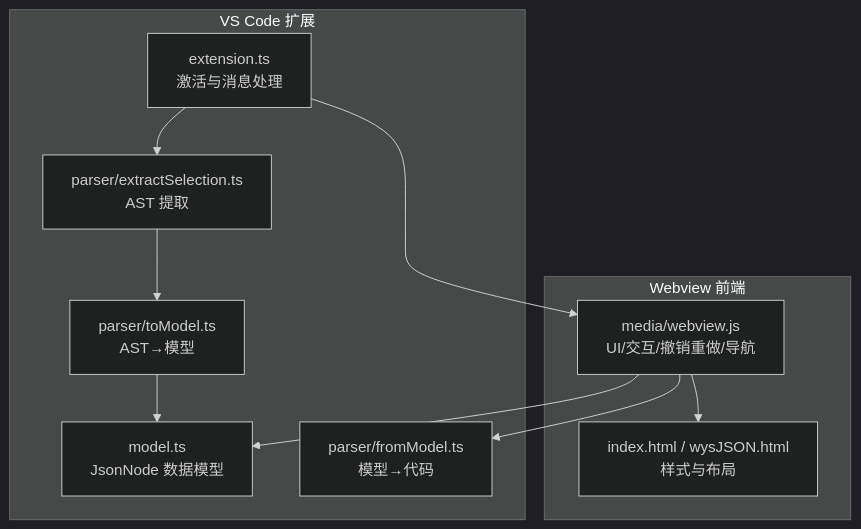
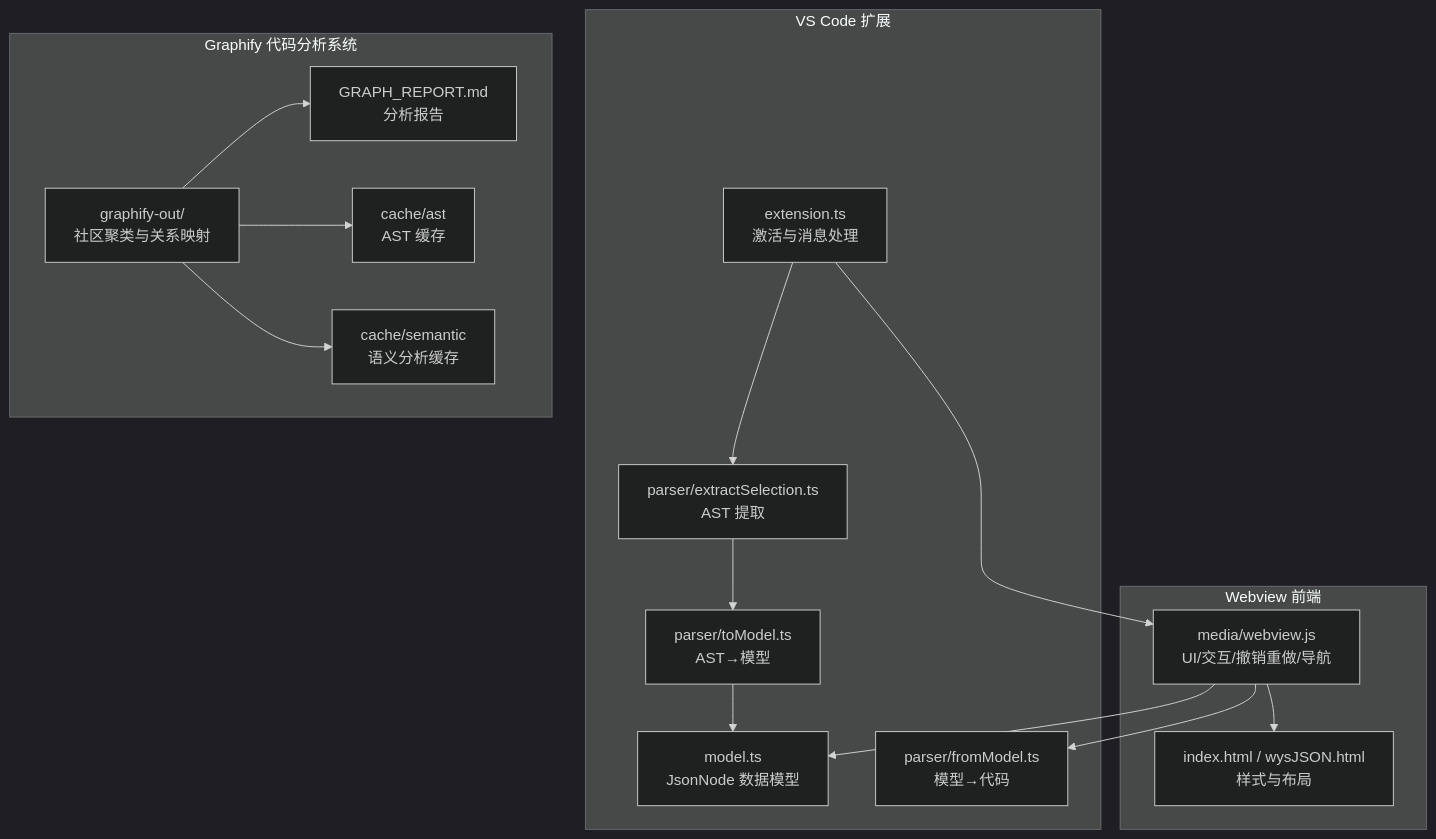
Before and after one commit to meiok1/wysjson: the first of 8 diagrams in .qoder/repowiki/zh/content/高级功能特性/高级功能特性.md, drawn with Mermaid (dark theme). The commit also changed other lines of this file and 58 other files, not shown here.

````diff
--- a/.qoder/repowiki/zh/content/高级功能特性/高级功能特性.md
+++ b/.qoder/repowiki/zh/content/高级功能特性/高级功能特性.md
@@ -34,21 +45,30 @@
 ```mermaid
 graph TB
 subgraph "VS Code 扩展"
 EXT["extension.ts<br/>激活与消息处理"]
 MODEL["model.ts<br/>JsonNode 数据模型"]
 PARSER_EX["parser/extractSelection.ts<br/>AST 提取"]
 PARSER_TO["parser/toModel.ts<br/>AST→模型"]
 PARSER_FROM["parser/fromModel.ts<br/>模型→代码"]
 end
 subgraph "Webview 前端"
 WV["media/webview.js<br/>UI/交互/撤销重做/导航"]
 CSS["index.html / wysJSON.html<br/>样式与布局"]
 end
+subgraph "Graphify 代码分析系统"
+GRAPH["graphify-out/<date><br/>社区聚类与关系映射"]
+AST_CACHE["cache/ast<br/>AST 缓存"]
+SEMANTIC_CACHE["cache/semantic<br/>语义分析缓存"]
+REPORT["GRAPH_REPORT.md<br/>分析报告"]
+end
 EXT --> PARSER_EX
 PARSER_EX --> PARSER_TO
 PARSER_TO --> MODEL
 EXT --> WV
 WV --> PARSER_FROM
 WV --> MODEL
 WV --> CSS
+GRAPH --> REPORT
+GRAPH --> AST_CACHE
+GRAPH --> SEMANTIC_CACHE
 ```
````
